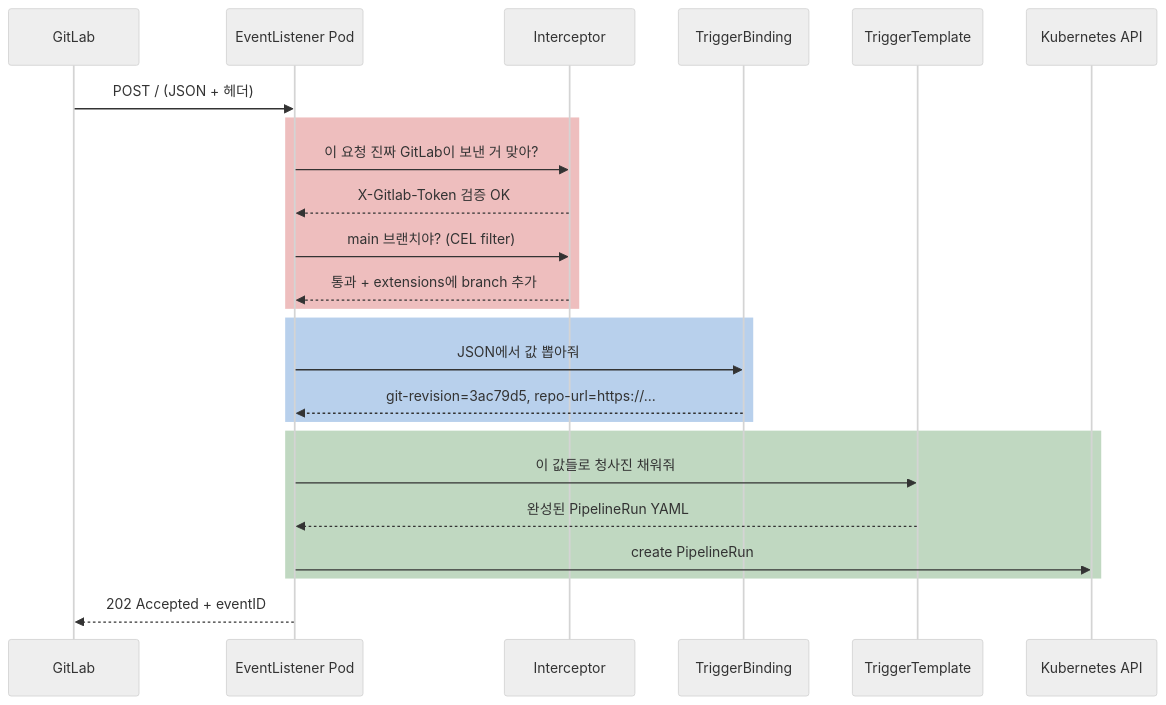
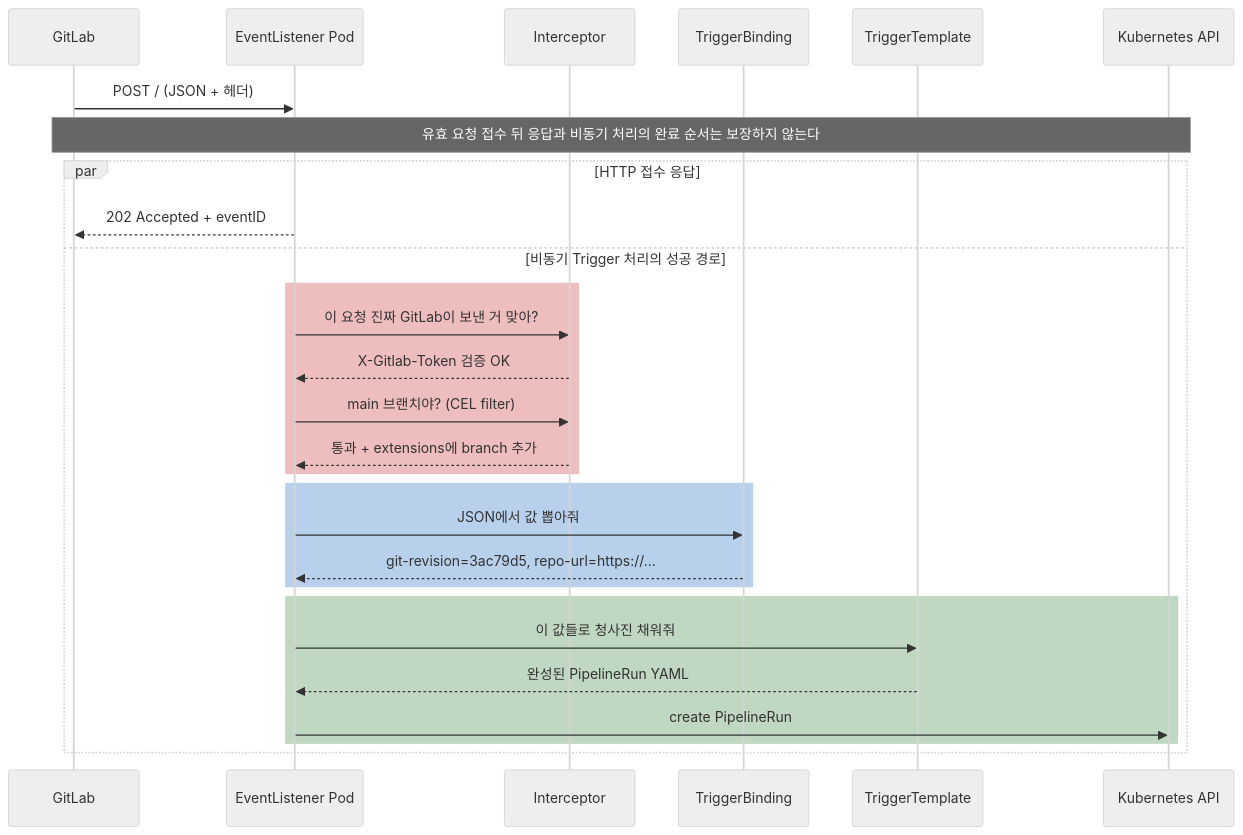
One commit to sskim91/TIL changed the second of 3 diagrams in kubernetes/Tekton-Triggers는-어떻게-git-push를-PipelineRun으로-바꿀까.md. Above: the diagram before and after it, drawn with Mermaid (neutral theme). The commit also changed other lines of this file and 39 other files, not shown here.

````diff
--- a/kubernetes/Tekton-Triggers는-어떻게-git-push를-PipelineRun으로-바꿀까.md
+++ b/kubernetes/Tekton-Triggers는-어떻게-git-push를-PipelineRun으로-바꿀까.md
@@ -206,27 +237,31 @@
 ```mermaid
 sequenceDiagram
     participant GL as GitLab
     participant EL as EventListener Pod
     participant IC as Interceptor
     participant TB as TriggerBinding
     participant TT as TriggerTemplate
     participant K as Kubernetes API
 
     GL->>EL: POST / (JSON + 헤더)
-    rect rgba(198, 40, 40, 0.3)
-        EL->>IC: 이 요청 진짜 GitLab이 보낸 거 맞아?
-        IC-->>EL: X-Gitlab-Token 검증 OK
-        EL->>IC: main 브랜치야? (CEL filter)
-        IC-->>EL: 통과 + extensions에 branch 추가
+    Note over GL,K: 유효 요청 접수 뒤 응답과 비동기 처리의 완료 순서는 보장하지 않는다
+    par HTTP 접수 응답
+        EL-->>GL: 202 Accepted + eventID
+    and 비동기 Trigger 처리의 성공 경로
+        rect rgba(198, 40, 40, 0.3)
+            EL->>IC: 이 요청 진짜 GitLab이 보낸 거 맞아?
+            IC-->>EL: X-Gitlab-Token 검증 OK
+            EL->>IC: main 브랜치야? (CEL filter)
+            IC-->>EL: 통과 + extensions에 branch 추가
+        end
+        rect rgba(21, 101, 192, 0.3)
+            EL->>TB: JSON에서 값 뽑아줘
+            TB-->>EL: git-revision=3ac79d5, repo-url=https://...
+        end
+        rect rgba(46, 125, 50, 0.3)
+            EL->>TT: 이 값들로 청사진 채워줘
+            TT-->>EL: 완성된 PipelineRun YAML
+            EL->>K: create PipelineRun
+        end
     end
-    rect rgba(21, 101, 192, 0.3)
-        EL->>TB: JSON에서 값 뽑아줘
-        TB-->>EL: git-revision=3ac79d5, repo-url=https://...
-    end
-    rect rgba(46, 125, 50, 0.3)
-        EL->>TT: 이 값들로 청사진 채워줘
-        TT-->>EL: 완성된 PipelineRun YAML
-        EL->>K: create PipelineRun
-    end
-    EL-->>GL: 202 Accepted + eventID
 ```
````
